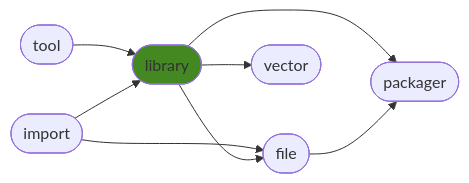
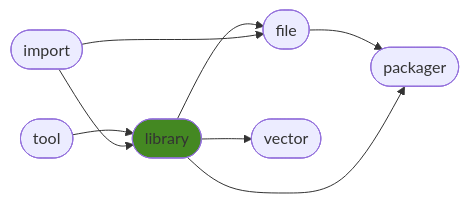
Before and after one commit to ManderaGeneral/generallibrary: the diagram in README.md, drawn with Mermaid. The commit also changed other lines of this file, not shown here.

````diff
--- a/README.md
+++ b/README.md
@@ -24,17 +24,17 @@
 ```mermaid
 flowchart LR
+2([library]) --> 4([vector])
+1([tool]) --> 2([library])
+3([file]) --> 5([packager])
+2([library]) --> 3([file])
+0([import]) --> 2([library])
+0([import]) --> 3([file])
 2([library]) --> 5([packager])
-2([library]) --> 4([vector])
-3([file]) --> 5([packager])
-0([import]) --> 3([file])
-1([tool]) --> 2([library])
-0([import]) --> 2([library])
-2([library]) --> 3([file])
 click 0 "https://github.com/ManderaGeneral/generalimport"
 click 1 "https://github.com/ManderaGeneral/generaltool"
 click 2 "https://github.com/ManderaGeneral/generallibrary"
 click 3 "https://github.com/ManderaGeneral/generalfile"
 click 4 "https://github.com/ManderaGeneral/generalvector"
 click 5 "https://github.com/ManderaGeneral/generalpackager"
 style 2 fill:#482
 ```
````
